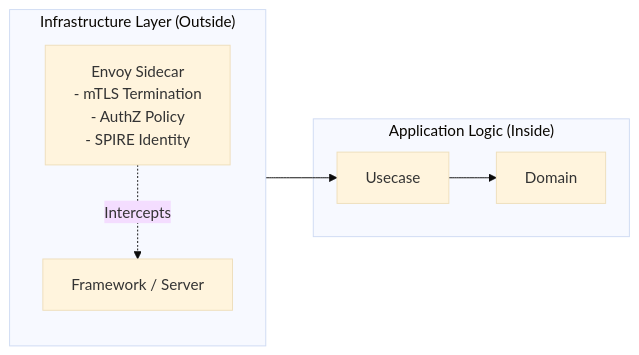
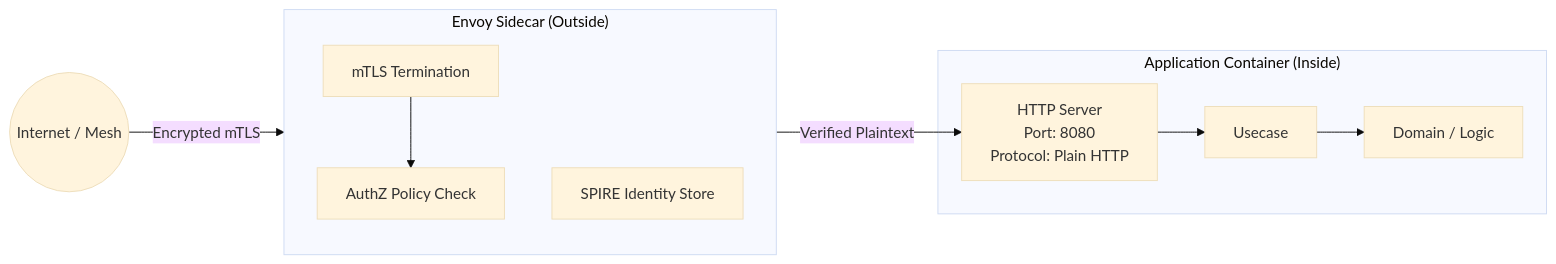
Before and after one commit to sokoide/workshop: the second of 2 diagrams in infra/zero_trust_en.md, drawn with Mermaid (base theme). The commit also changed other lines of this file and 3 other files, not shown here.

````diff
--- a/infra/zero_trust_en.md
+++ b/infra/zero_trust_en.md
@@ -76,17 +93,21 @@
 ```mermaid
 graph LR
-    subgraph "Application Logic (Inside)"
-        Domain[Domain]
+    subgraph "Application Container (Inside)"
+        Domain[Domain / Logic]
         Usecase[Usecase]
+        Server[HTTP Server<br/>Port: 8080<br/>Protocol: Plain HTTP]
     end
 
-    subgraph "Infrastructure Layer (Outside)"
+    subgraph "Envoy Sidecar (Outside)"
         direction TB
-        Envoy[Envoy Sidecar<br/>- mTLS Termination<br/>- AuthZ Policy<br/>- SPIRE Identity]
-        Framework[Framework / Server]
+        mTLS[mTLS Termination]
+        AuthZ[AuthZ Policy Check]
+        SVID[SPIRE Identity Store]
     end
 
-    Framework --> Usecase
+    Internet((Internet / Mesh)) --> |Encrypted mTLS| mTLS
+    mTLS --> AuthZ
+    AuthZ --> |Verified Plaintext| Server
+    Server --> Usecase
     Usecase --> Domain
-    Envoy -.-> |Intercepts| Framework
 ```
````
